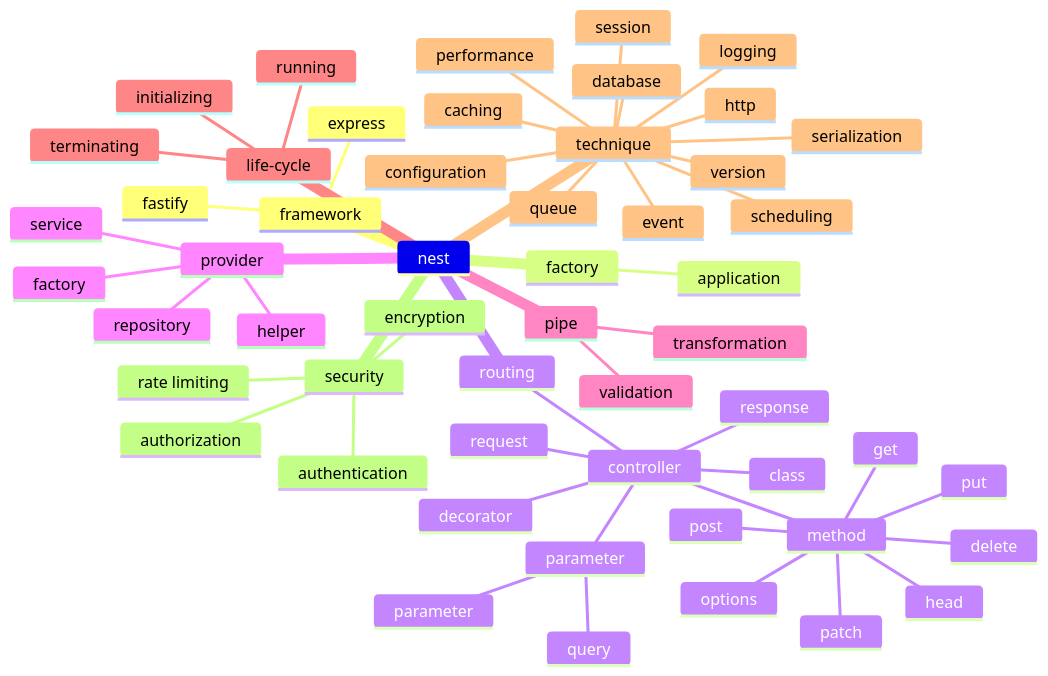
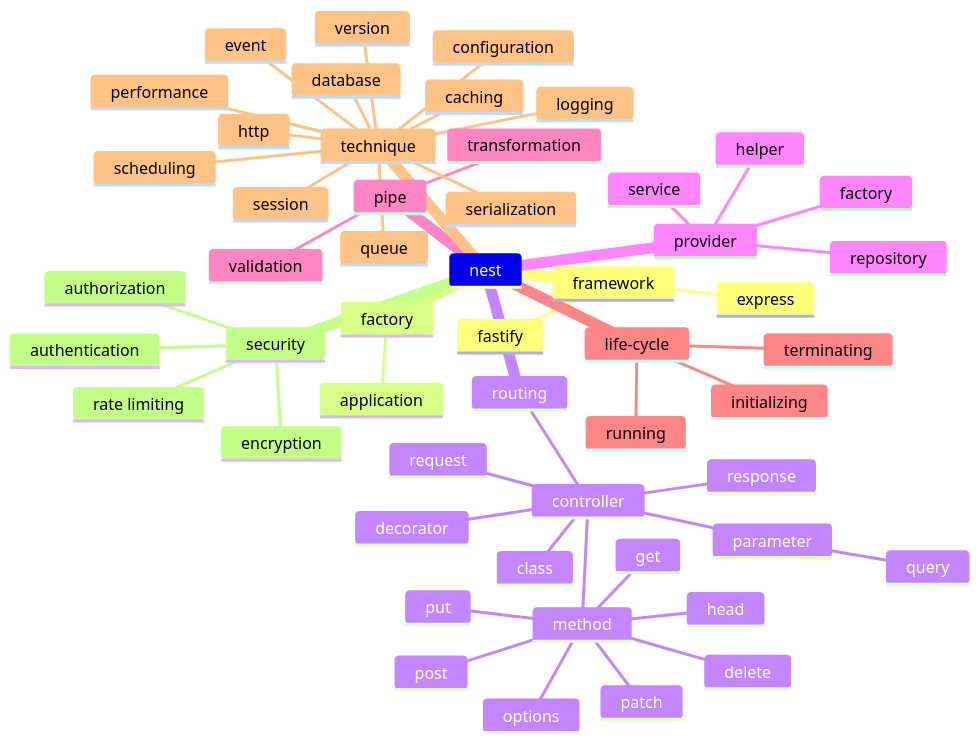
One commit to wonderfan/javascript changed the second of 2 diagrams in Diagram/nest.md. Above: the diagram before and after it, drawn with Mermaid.

````diff
--- a/Diagram/nest.md
+++ b/Diagram/nest.md
@@ -24,56 +24,55 @@
 ```mermaid
 mindmap
     nest
         framework
             express
             fastify
         factory
             application
         routing
             controller
                 class
                 decorator
                 method
                     get
                     post
                     put
                     delete
                     patch
                     options
                     head
                 parameter
                     query
-                    parameter
                 request
                 response
         provider
             service
             repository
             factory
             helper
         pipe
             transformation
             validation
         life-cycle
             initializing
             running
             terminating
         technique
             configuration
             database
             caching
             serialization
             version
             scheduling
             queue
             logging
             event
             http
             session
             performance
         security
             authentication
             authorization
             encryption
             rate limiting
 ```
````
